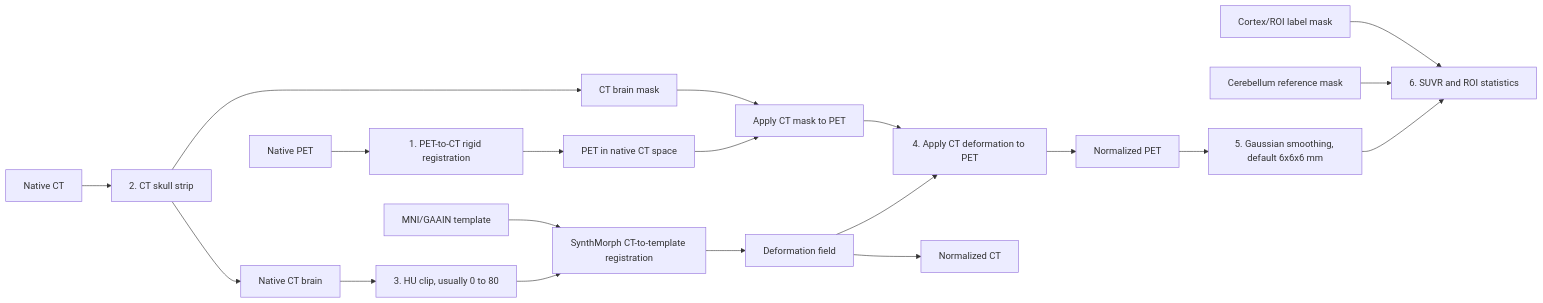
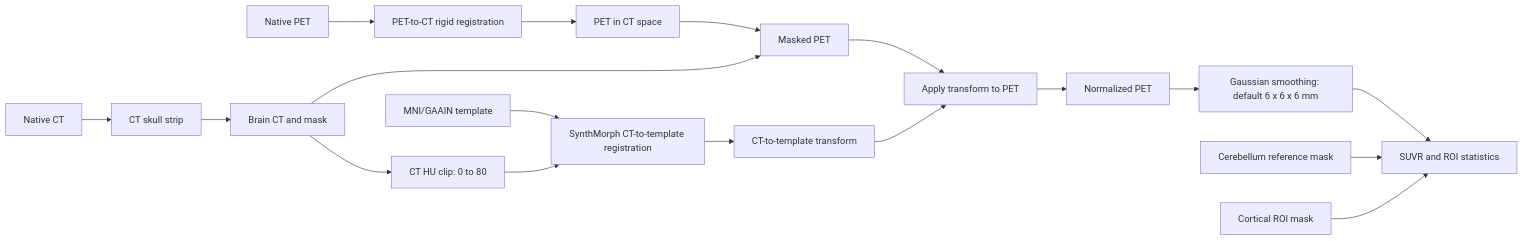
One commit to yanyan-7/SynCT changed the diagram in README.md. Above: the diagram before and after it, drawn with Mermaid. The commit also changed other lines of this file and 3 other files, not shown here.

````diff
--- a/README.md
+++ b/README.md
@@ -7,22 +18,20 @@
 ```mermaid
 flowchart LR
-    PET0[Native PET] --> Rigid[1. PET-to-CT rigid registration]
-    CT0[Native CT] --> Skull[2. CT skull strip]
-    Rigid --> PET_CT[PET in native CT space]
-    Skull --> CTBrain[Native CT brain]
-    Skull --> Mask[CT brain mask]
-    PET_CT --> MaskPET[Apply CT mask to PET]
-    Mask --> MaskPET
-    CTBrain --> Clip[3. HU clip, usually 0 to 80]
-    Clip --> Synth[SynthMorph CT-to-template registration]
-    Template[MNI/GAAIN template] --> Synth
-    Synth --> Field[Deformation field]
-    Field --> ApplyPET[4. Apply CT deformation to PET]
-    MaskPET --> ApplyPET
-    ApplyPET --> MPET[Normalized PET]
-    Field --> MCT[Normalized CT]
-    MPET --> Smooth[5. Gaussian smoothing, default 6x6x6 mm]
-    Smooth --> SUVR[6. SUVR and ROI statistics]
-    RefMask[Cerebellum reference mask] --> SUVR
-    RoiMask[Cortex/ROI label mask] --> SUVR
+    PET[Native PET] --> Rigid[PET-to-CT rigid registration]
+    CT[Native CT] --> Strip[CT skull strip]
+    Rigid --> Aligned[PET in CT space]
+    Strip --> Brain[Brain CT and mask]
+    Aligned --> Masked[Masked PET]
+    Brain --> Masked
+    Brain --> Clip[CT HU clip: 0 to 80]
+    Clip --> SM[SynthMorph CT-to-template registration]
+    Template[MNI/GAAIN template] --> SM
+    SM --> Warp[CT-to-template transform]
+    Warp --> Apply[Apply transform to PET]
+    Masked --> Apply
+    Apply --> Normalized[Normalized PET]
+    Normalized --> Smooth[Gaussian smoothing: default 6 x 6 x 6 mm]
+    Smooth --> SUVR[SUVR and ROI statistics]
+    Reference[Cerebellum reference mask] --> SUVR
+    ROI[Cortical ROI mask] --> SUVR
 ```
````
